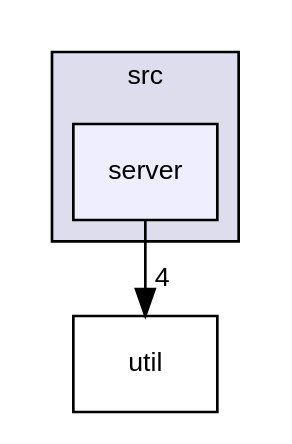
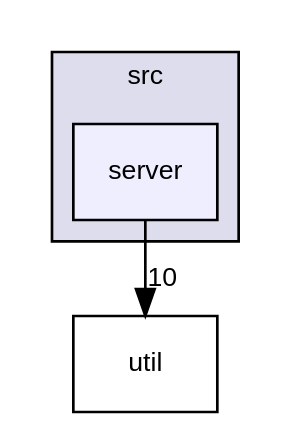
The diagram in dir_075bb3ff235063c77951cd176d15a741_dep.dot (ctrlMarcio/feup-sope-proj2), drawn with Graphviz before and after one commit. The commit also changed 115 other files, not shown here.

```diff
--- a/dir_075bb3ff235063c77951cd176d15a741_dep.dot
+++ b/dir_075bb3ff235063c77951cd176d15a741_dep.dot
@@ -1,11 +1,11 @@
 digraph "/home/runner/work/feup-sope-proj2/feup-sope-proj2/src/server" {
   compound=true
   node [ fontsize="10", fontname="Helvetica"];
   edge [ labelfontsize="10", labelfontname="Helvetica"];
   subgraph clusterdir_68267d1309a1af8e8297ef4c3efbcdba {
     graph [ bgcolor="#ddddee", pencolor="black", label="src" fontname="Helvetica", fontsize="10", URL="dir_68267d1309a1af8e8297ef4c3efbcdba.html"]
   dir_075bb3ff235063c77951cd176d15a741 [shape=box, label="server", style="filled", fillcolor="#eeeeff", pencolor="black", URL="dir_075bb3ff235063c77951cd176d15a741.html"];
   }
   dir_b7878ad5ecbf2506f4125b9d34c97e45 [shape=box label="util" URL="dir_b7878ad5ecbf2506f4125b9d34c97e45.html"];
-  dir_075bb3ff235063c77951cd176d15a741->dir_b7878ad5ecbf2506f4125b9d34c97e45 [headlabel="4", labeldistance=1.5 headhref="dir_000002_000003.html"];
+  dir_075bb3ff235063c77951cd176d15a741->dir_b7878ad5ecbf2506f4125b9d34c97e45 [headlabel="10", labeldistance=1.5 headhref="dir_000002_000003.html"];
 }
```
